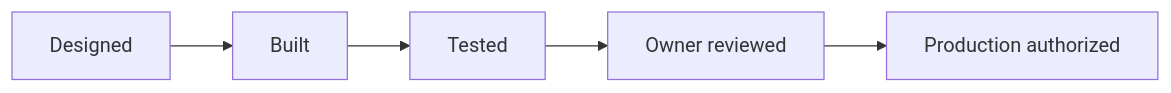
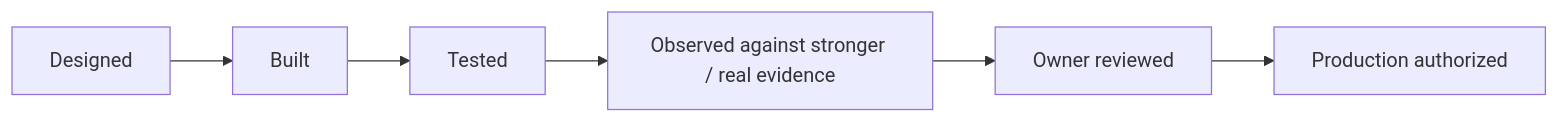
The diagram in VALIDATION_SUMMARY.md (Alvaro-Olivas/GoNica-Evidence-Room), drawn with Mermaid before and after one commit. The commit also changed other lines of this file, not shown here.

Commit message:
Refresh validation summary with real and longitudinal evidence

````diff
--- a/VALIDATION_SUMMARY.md
+++ b/VALIDATION_SUMMARY.md
@@ -18,7 +22,8 @@
 ```mermaid
 flowchart LR
     D[Designed] --> B[Built]
     B --> T[Tested]
-    T --> O[Owner reviewed]
+    T --> E[Observed against stronger / real evidence]
+    E --> O[Owner reviewed]
     O --> P[Production authorized]
 ```
````
